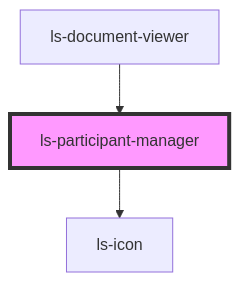
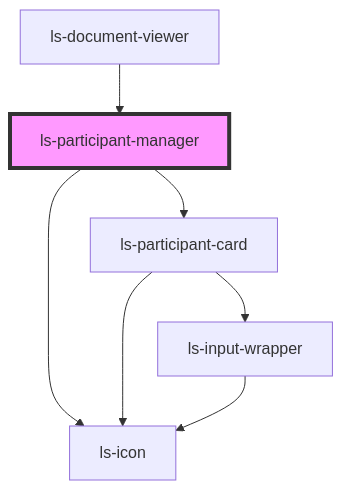
Before and after one commit to legalesign/ls-document-viewer: the diagram in src/components/ls-participant-manager/readme.md, drawn with Mermaid. The commit also changed other lines of this file and 10 other files, not shown here.

````diff
--- a/src/components/ls-participant-manager/readme.md
+++ b/src/components/ls-participant-manager/readme.md
@@ -35,6 +36,10 @@
 ```mermaid
 graph TD;
+  ls-participant-manager --> ls-participant-card
   ls-participant-manager --> ls-icon
+  ls-participant-card --> ls-icon
+  ls-participant-card --> ls-input-wrapper
+  ls-input-wrapper --> ls-icon
   ls-document-viewer --> ls-participant-manager
   style ls-participant-manager fill:#f9f,stroke:#333,stroke-width:4px
 ```
````
